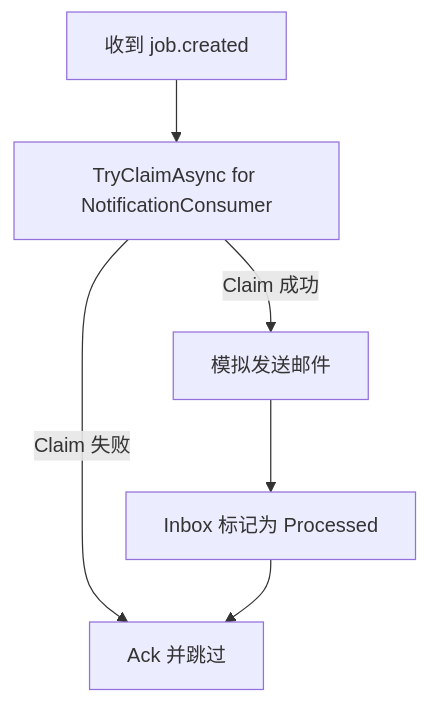
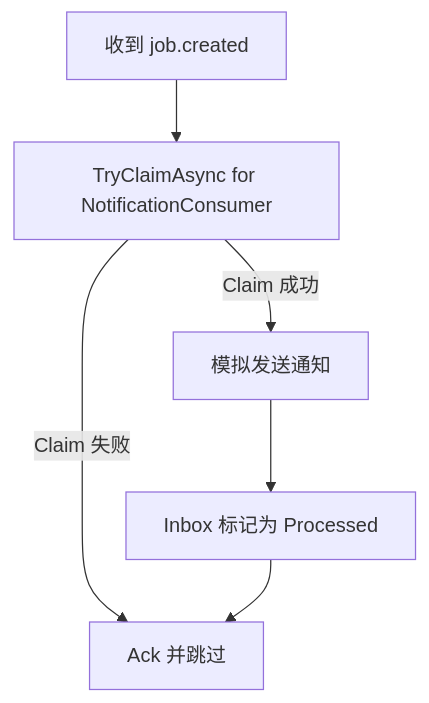
The third of 4 diagrams in docs/system-flow.md (haoyucheng369-gif/DocFlowCloud), drawn with Mermaid before and after one commit. The commit also changed other lines of this file and 3 other files, not shown here.

````diff
--- a/docs/system-flow.md
+++ b/docs/system-flow.md
@@ -59,8 +69,8 @@
 ```mermaid
 flowchart TD
     A[收到 job.created] --> B[TryClaimAsync for NotificationConsumer]
     B -->|Claim 失败| C[Ack 并跳过]
-    B -->|Claim 成功| D[模拟发送邮件]
+    B -->|Claim 成功| D[模拟发送通知]
     D --> E[Inbox 标记为 Processed]
     E --> C
 ```
````
